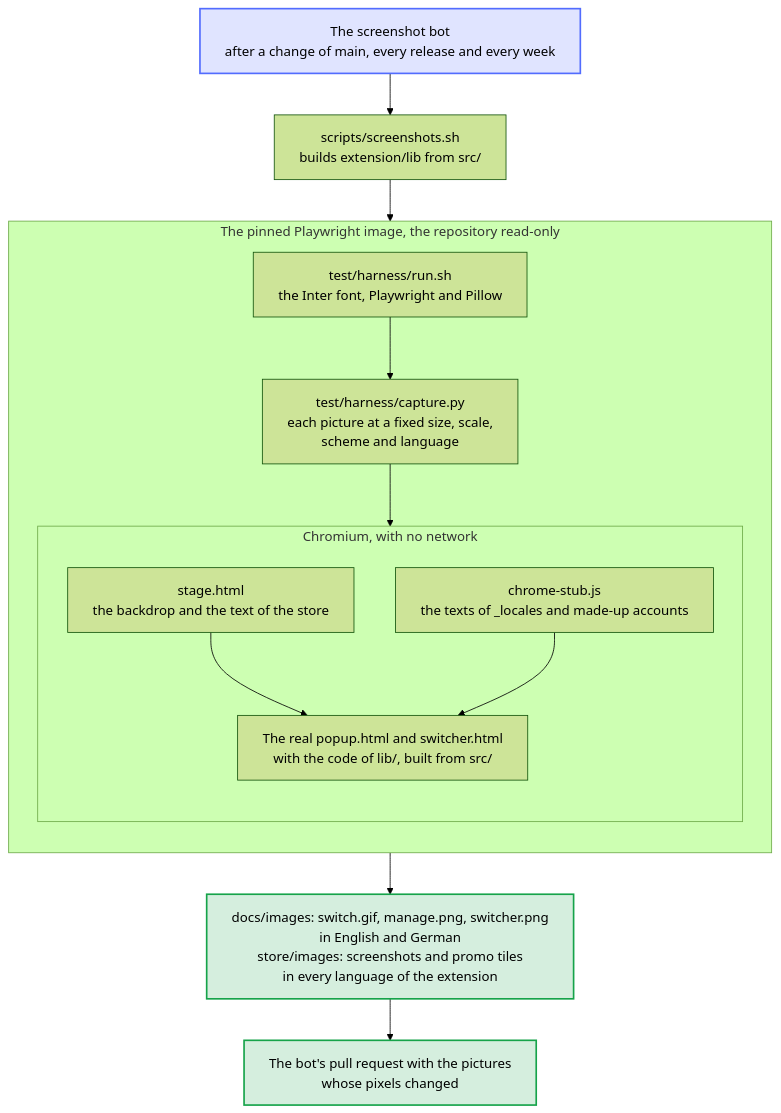
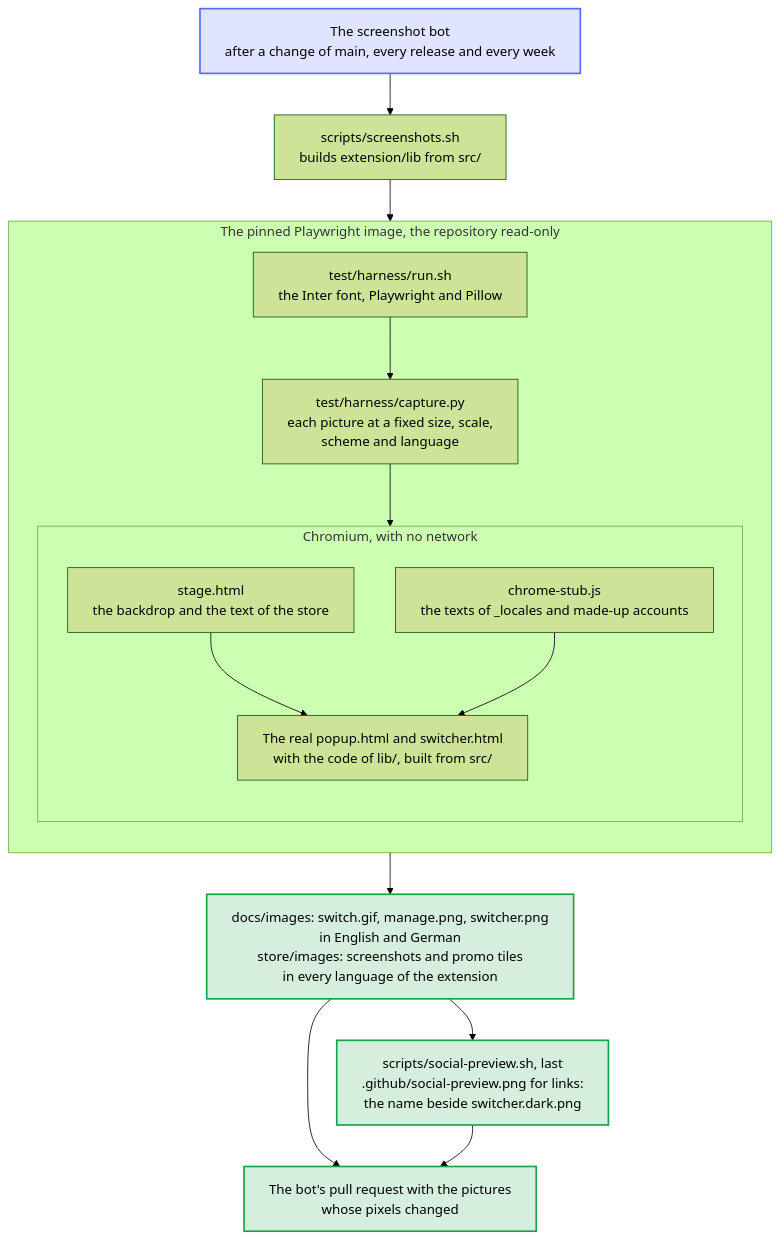
Before and after one commit to Dennis-Otto/player-switch-for-autodarts: the diagram in docs/diagrams/how-the-pictures-are-made.mmd, drawn with Mermaid (forest theme). The commit also changed 6 other files, not shown here.

First line of the commit message:
docs: the social preview shows the switcher, not a list of checks (#176)

```diff
--- a/docs/diagrams/how-the-pictures-are-made.mmd
+++ b/docs/diagrams/how-the-pictures-are-made.mmd
@@ -1,37 +1,41 @@
 ---
 config:
   flowchart:
     wrappingWidth: 400
 ---
 flowchart TB
     accTitle: How the pictures are made
-    accDescr: scripts/screenshots.sh builds the extension and starts the pinned Playwright image with the repository read-only. Inside, run.sh installs the Inter font and the tools, and capture.py opens the stage in Chromium. The stage shows the real popup or switcher of the extension in a frame, with a stand-in for Chrome and made-up accounts; every file comes from the repository and no request leaves the browser. capture.py takes each picture at a fixed size, scale, scheme and language and writes the GIF, and the pictures leave the container as an archive, into docs/images, in English and German, and store/images, in every language of the extension. After a change of main, every release and every week, the screenshot bot runs the script and opens a pull request with the pictures whose pixels changed.
+    accDescr: scripts/screenshots.sh builds the extension and starts the pinned Playwright image with the repository read-only. Inside, run.sh installs the Inter font and the tools, and capture.py opens the stage in Chromium. The stage shows the real popup or switcher of the extension in a frame, with a stand-in for Chrome and made-up accounts; every file comes from the repository and no request leaves the browser. capture.py takes each picture at a fixed size, scale, scheme and language and writes the GIF, and the pictures leave the container as an archive, into docs/images, in English and German, and store/images, in every language of the extension. Last, scripts/social-preview.sh renders .github/social-preview.png, the picture of links to the repository, which shows the dark switcher beside the name of the extension. After a change of main, every release and every week, the screenshot bot runs the script and opens a pull request with the pictures whose pixels changed.
 
     bot["The screenshot bot<br>after a change of main, every release and every week"]
     script["scripts/screenshots.sh<br>builds extension/lib from src/"]
     bot --> script
 
     subgraph image ["The pinned Playwright image, the repository read-only"]
         direction TB
         run["test/harness/run.sh<br>the Inter font, Playwright and Pillow"]
         capture["test/harness/capture.py<br>each picture at a fixed size, scale,<br>scheme and language"]
         run --> capture
         subgraph browser ["Chromium, with no network"]
             direction TB
             stage["stage.html<br>the backdrop and the text of the store"]
             stub["chrome-stub.js<br>the texts of _locales and made-up accounts"]
             pages["The real popup.html and switcher.html<br>with the code of lib/, built from src/"]
             stage --> pages
             stub --> pages
         end
         capture --> stage
     end
 
     script --> run
     pages --> pictures["docs/images: switch.gif, manage.png, switcher.png<br>in English and German<br>store/images: screenshots and promo tiles<br>in every language of the extension"]
-    pictures --> pull["The bot's pull request with the pictures<br>whose pixels changed"]
+    social["scripts/social-preview.sh, last<br>.github/social-preview.png for links:<br>the name beside switcher.dark.png"]
+    pictures --> social
+    pull["The bot's pull request with the pictures<br>whose pixels changed"]
+    pictures --> pull
+    social --> pull
 
     classDef bot fill:#526cfe2e,stroke:#526cfe,stroke-width:2px
     classDef done fill:#16a34a2e,stroke:#16a34a,stroke-width:2px
     class bot bot
-    class pictures,pull done
+    class pictures,social,pull done
```
